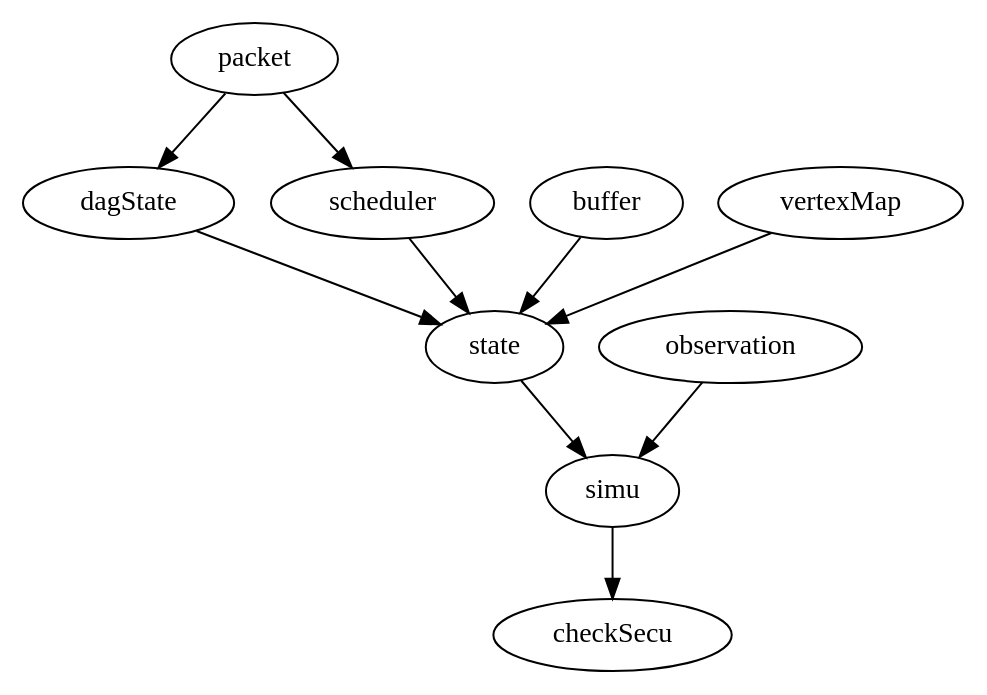
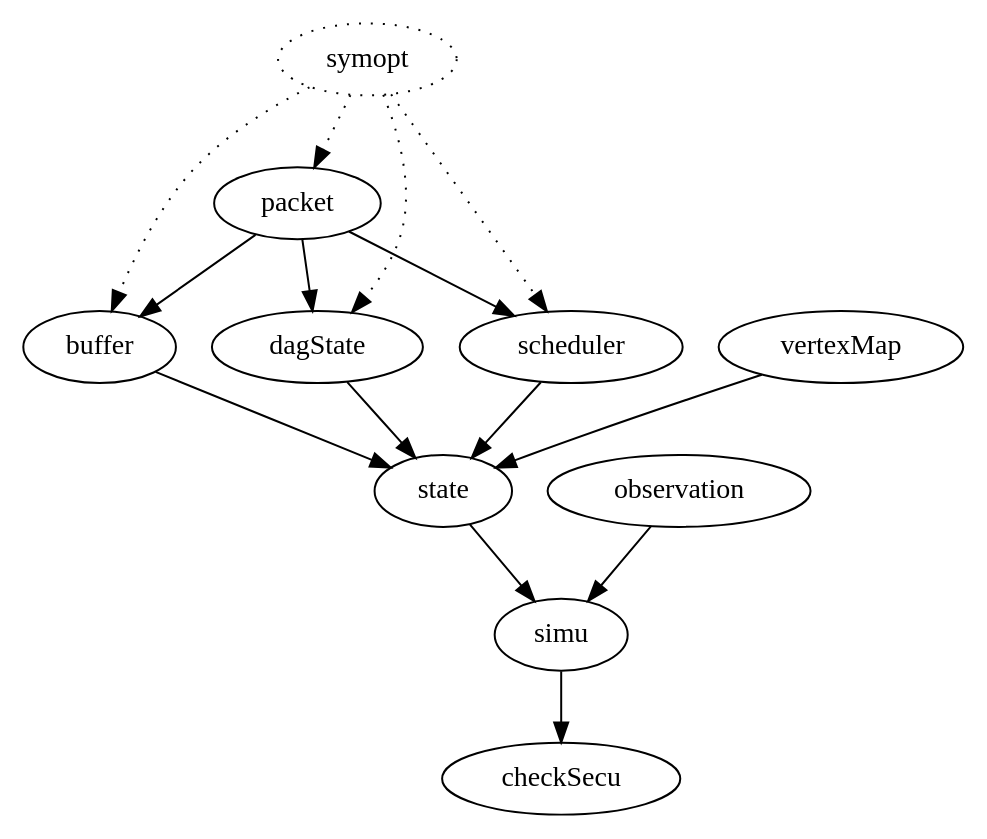
One commit to CSAIL-Arch-Sec/DAGguise-verification changed the diagram in doc/fileHierarchy.gv. Above: the diagram before and after it, drawn with Graphviz. The commit also changed 4 other files, not shown here.

```diff
--- a/doc/fileHierarchy.gv
+++ b/doc/fileHierarchy.gv
@@ -1,14 +1,23 @@
 digraph G {
+
+  "symopt" [style="dotted"];
+  "symopt" -> "packet" [style="dotted"];
+  "symopt" -> "buffer" [style="dotted"];
+  "symopt" -> "dagState" [style="dotted"];
+  "symopt" -> "scheduler" [style="dotted"];
+
+
+  "packet" -> "buffer";
   "packet" -> "dagState";
   "packet" -> "scheduler";
 
   "dagState" -> "state";
   "buffer" -> "state";
   "vertexMap" -> "state";
   "scheduler" -> "state";
 
   "state" -> "simu";
   "observation" -> "simu";
 
   "simu" -> "checkSecu";
 }
```
